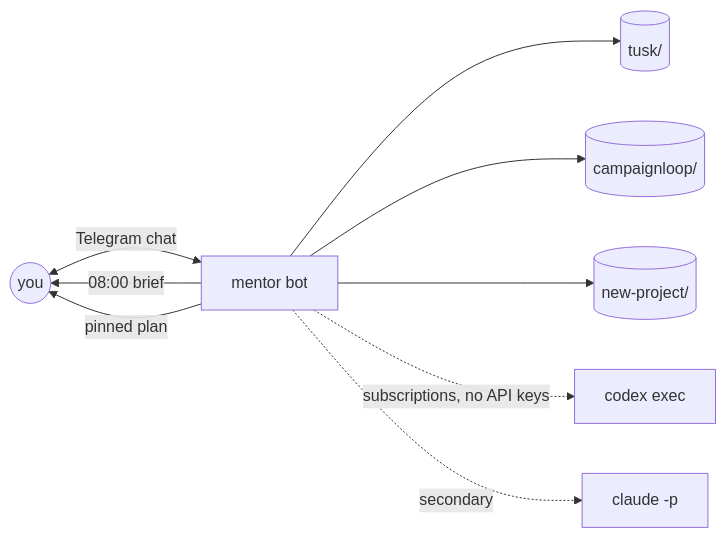
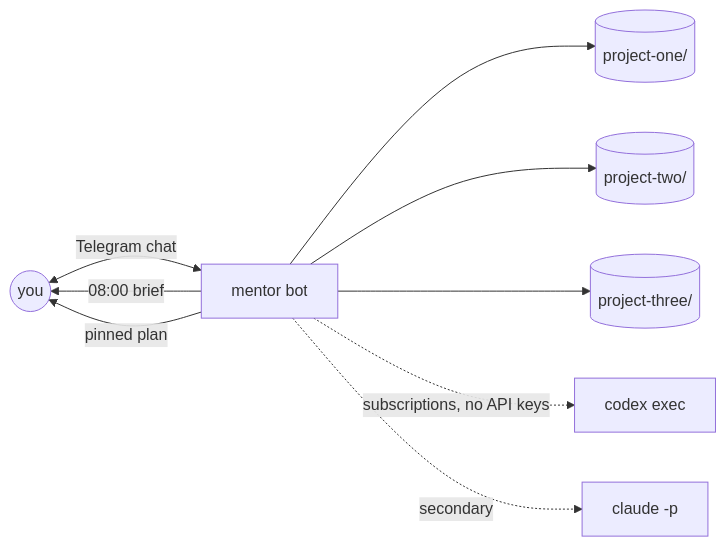
One commit to vovka/mentor-bot changed the first of 16 diagrams in docs/ARCHITECTURE.md. Above: the diagram before and after it, drawn with Mermaid. The commit also changed other lines of this file, not shown here.

Commit message:
docs: generic project names in the architecture diagrams
Claude-Session: https://claude.ai/code/session_01M4gH2Kn5GkPJtYPP2RLBNa

````diff
--- a/docs/ARCHITECTURE.md
+++ b/docs/ARCHITECTURE.md
@@ -8,11 +8,11 @@
 ```mermaid
 flowchart LR
   You((you)) <-- Telegram chat --> BOT[mentor bot]
   BOT -- 08:00 brief --> You
   BOT -- pinned plan --> You
-  BOT --> P1[(tusk/)]
-  BOT --> P2[(campaignloop/)]
-  BOT --> P3[(new-project/)]
+  BOT --> P1[(project-one/)]
+  BOT --> P2[(project-two/)]
+  BOT --> P3[(project-three/)]
   BOT -. subscriptions, no API keys .-> CX[codex exec]
   BOT -. secondary .-> CL[claude -p]
 ```
````
